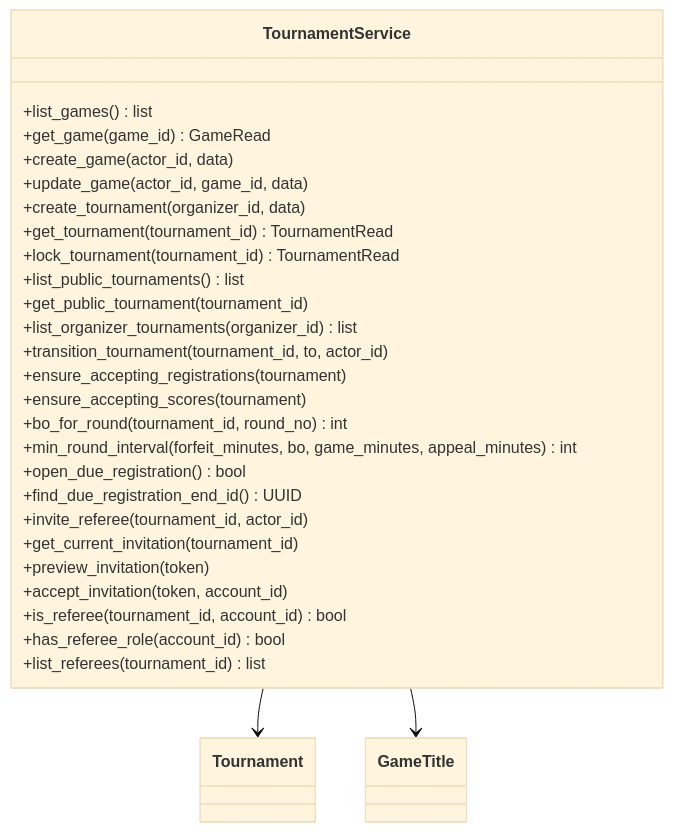
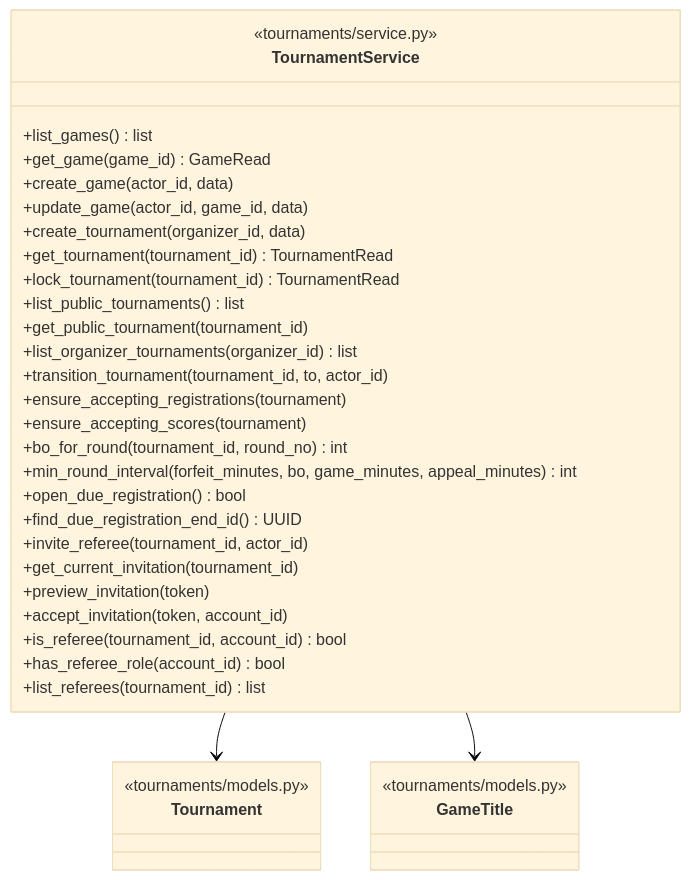
Before and after one commit to Team14good/esport-platform: the seventh of 15 diagrams in docs/midterm/D-物件設計文件.md, drawn with Mermaid (base theme). The commit also changed other lines of this file and 27 other files, not shown here.

First line of the commit message:
docs: B、C、D 其餘的圖全部對照程式標註 (#92)

````diff
--- a/docs/midterm/D-物件設計文件.md
+++ b/docs/midterm/D-物件設計文件.md
@@ -325,33 +348,38 @@
 ```mermaid
 classDiagram
-  class Tournament
-  class GameTitle
+  class Tournament {
+    <<tournaments/models.py>>
+  }
+  class GameTitle {
+    <<tournaments/models.py>>
+  }
   class TournamentService {
+    <<tournaments/service.py>>
     +list_games() list
     +get_game(game_id) GameRead
     +create_game(actor_id, data)
     +update_game(actor_id, game_id, data)
     +create_tournament(organizer_id, data)
     +get_tournament(tournament_id) TournamentRead
     +lock_tournament(tournament_id) TournamentRead
     +list_public_tournaments() list
     +get_public_tournament(tournament_id)
     +list_organizer_tournaments(organizer_id) list
     +transition_tournament(tournament_id, to, actor_id)
     +ensure_accepting_registrations(tournament)
     +ensure_accepting_scores(tournament)
     +bo_for_round(tournament_id, round_no) int
     +min_round_interval(forfeit_minutes, bo, game_minutes, appeal_minutes) int
     +open_due_registration() bool
     +find_due_registration_end_id() UUID
     +invite_referee(tournament_id, actor_id)
     +get_current_invitation(tournament_id)
     +preview_invitation(token)
     +accept_invitation(token, account_id)
     +is_referee(tournament_id, account_id) bool
     +has_referee_role(account_id) bool
     +list_referees(tournament_id) list
   }
   TournamentService --> Tournament
   TournamentService --> GameTitle
 ```
````
